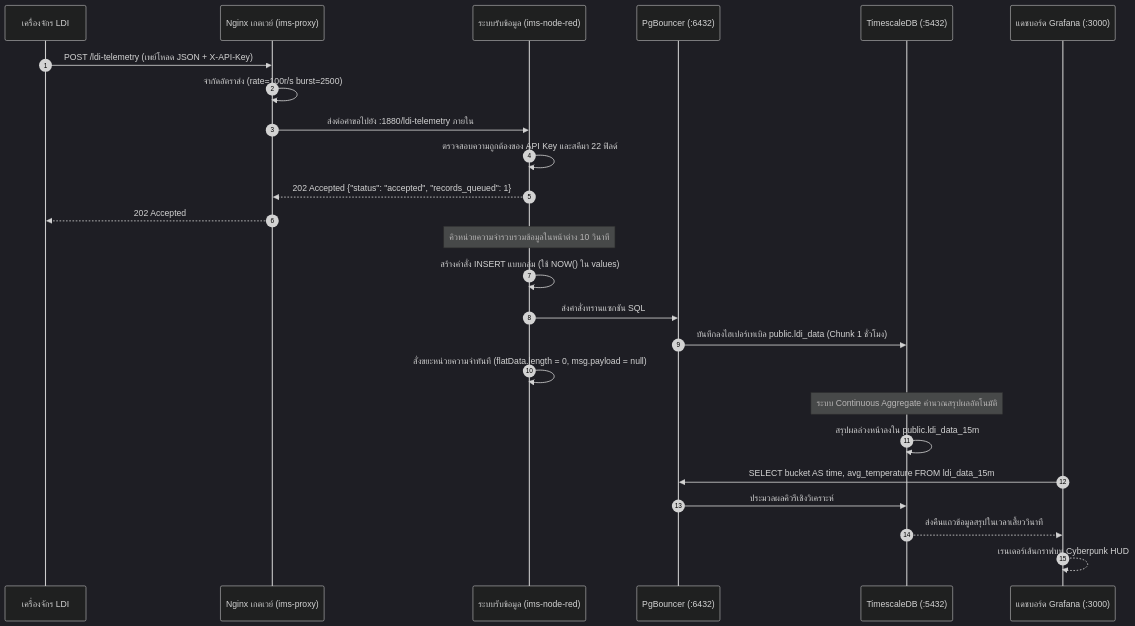
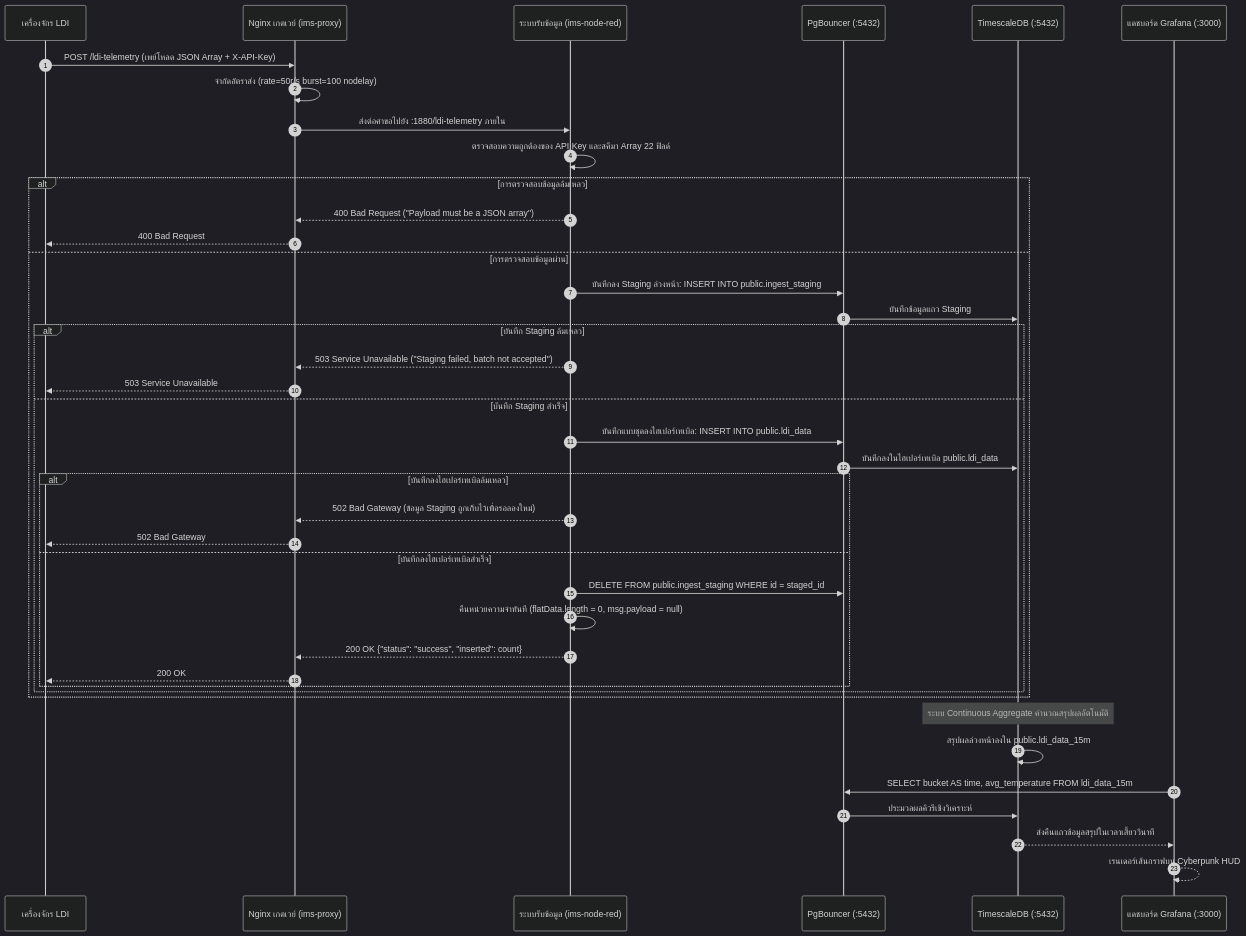
The fourth of 8 diagrams in th/docs/architecture/ARCHITECTURE_DIAGRAM.md (PATTANAKORN025/IMS), drawn with Mermaid (dark theme) before and after one commit. The commit also changed other lines of this file and 36 other files, not shown here.

First line of the commit message:
fix(docs): reconcile 115 mermaid diagrams with architecture across 3 languages

````diff
--- a/th/docs/architecture/ARCHITECTURE_DIAGRAM.md
+++ b/th/docs/architecture/ARCHITECTURE_DIAGRAM.md
@@ -186,31 +199,47 @@
 ```mermaid
 sequenceDiagram
   autonumber
   participant Machine as เครื่องจักร LDI
   participant Proxy as Nginx เกตเวย์ (ims-proxy)
   participant NodeRed as ระบบรับข้อมูล (ims-node-red)
-  participant PgBouncer as PgBouncer (:6432)
+  participant PgBouncer as PgBouncer (:5432)
   participant TimescaleDB as TimescaleDB (:5432)
   participant Grafana as แดชบอร์ด Grafana (:3000)
 
-  Machine->>Proxy: POST /ldi-telemetry (เพย์โหลด JSON + X-API-Key)
-  Proxy->>Proxy: จำกัดอัตราส่ง (rate=100r/s burst=2500)
+  Machine->>Proxy: POST /ldi-telemetry (เพย์โหลด JSON Array + X-API-Key)
+  Proxy->>Proxy: จำกัดอัตราส่ง (rate=50r/s burst=100 nodelay)
   Proxy->>NodeRed: ส่งต่อคำขอไปยัง :1880/ldi-telemetry ภายใน
-  NodeRed->>NodeRed: ตรวจสอบความถูกต้องของ API Key และสคีมา 22 ฟิลด์
-  NodeRed-->>Proxy: 202 Accepted {"status": "accepted", "records_queued": 1}
-  Proxy-->>Machine: 202 Accepted
+  NodeRed->>NodeRed: ตรวจสอบความถูกต้องของ API Key และสคีมา Array 22 ฟิลด์
 
-  Note over NodeRed: คิวหน่วยความจำรวบรวมข้อมูลในหน้าต่าง 10 วินาที
-  NodeRed->>NodeRed: สร้างคำสั่ง INSERT แบบกลุ่ม (ใช้ NOW() ใน values)
-  NodeRed->>PgBouncer: ส่งคำสั่งทรานแซกชัน SQL
-  PgBouncer->>TimescaleDB: บันทึกลงไฮเปอร์เทเบิล public.ldi_data (Chunk 1 ชั่วโมง)
-  NodeRed->>NodeRed: สั่งขยะหน่วยความจำทันที (flatData.length = 0, msg.payload = null)
+  alt การตรวจสอบข้อมูลล้มเหลว
+    NodeRed-->>Proxy: 400 Bad Request ("Payload must be a JSON array")
+    Proxy-->>Machine: 400 Bad Request
+  else การตรวจสอบข้อมูลผ่าน
+    NodeRed->>PgBouncer: บันทึกลง Staging ล่วงหน้า: INSERT INTO public.ingest_staging
+    PgBouncer->>TimescaleDB: บันทึกข้อมูลแถว Staging
+    alt บันทึก Staging ล้มเหลว
+      NodeRed-->>Proxy: 503 Service Unavailable ("Staging failed, batch not accepted")
+      Proxy-->>Machine: 503 Service Unavailable
+    else บันทึก Staging สำเร็จ
+      NodeRed->>PgBouncer: บันทึกแบบชุดลงไฮเปอร์เทเบิล: INSERT INTO public.ldi_data
+      PgBouncer->>TimescaleDB: บันทึกลงในไฮเปอร์เทเบิล public.ldi_data
+      alt บันทึกลงไฮเปอร์เทเบิลล้มเหลว
+        NodeRed-->>Proxy: 502 Bad Gateway (ข้อมูล Staging ถูกเก็บไว้เพื่อรอลองใหม่)
+        Proxy-->>Machine: 502 Bad Gateway
+      else บันทึกลงไฮเปอร์เทเบิลสำเร็จ
+        NodeRed->>PgBouncer: DELETE FROM public.ingest_staging WHERE id = staged_id
+        NodeRed->>NodeRed: คืนหน่วยความจำทันที (flatData.length = 0, msg.payload = null)
+        NodeRed-->>Proxy: 200 OK {"status": "success", "inserted": count}
+        Proxy-->>Machine: 200 OK
+      end
+    end
+  end
 
   Note over TimescaleDB: ระบบ Continuous Aggregate คำนวณสรุปผลอัตโนมัติ
   TimescaleDB->>TimescaleDB: สรุปผลล่วงหน้าลงใน public.ldi_data_15m
 
   Grafana->>PgBouncer: SELECT bucket AS time, avg_temperature FROM ldi_data_15m
   PgBouncer->>TimescaleDB: ประมวลผลคิวรีเชิงวิเคราะห์
   TimescaleDB-->>Grafana: ส่งคืนแถวข้อมูลสรุปในเวลาเสี้ยววินาที
   Grafana-->>Grafana: เรนเดอร์เส้นกราฟบน Cyberpunk HUD
 ```
````
